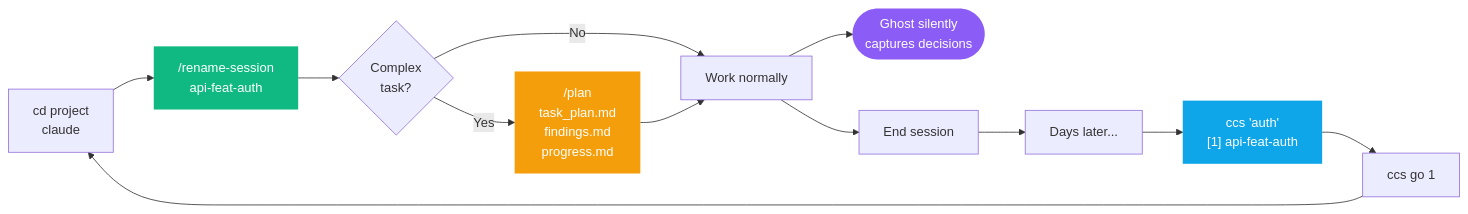
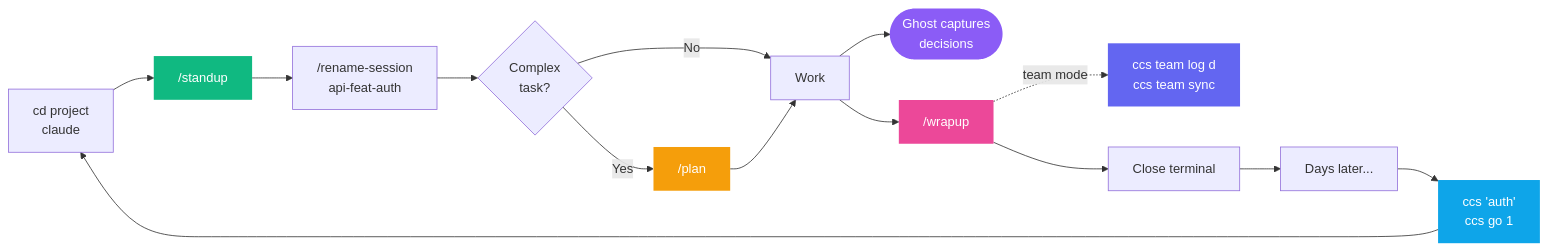
One commit to bluzername/claude-code-power-stack changed the diagram in README.md. Above: the diagram before and after it, drawn with Mermaid.

Commit message:
fix: update Mermaid diagram to show full current workflow
Was 15 commits stale - missing /standup, /wrapup, and team mode.
Now shows the complete daily loop: standup -> name -> plan? -> work
(Ghost captures) -> wrapup -> team log (dashed, optional) -> close
-> days later -> ccs search -> resume -> loop. Color coded: green
for standup, amber for plan, purple for Ghost, pink for wrapup,
indigo for team log, blue for search.

````diff
--- a/README.md
+++ b/README.md
@@ -55,19 +55,23 @@
 ```mermaid
 flowchart LR
-    Start["cd project\nclaude"] --> Name["/rename-session\napi-feat-auth"]
+    Start["cd project\nclaude"] --> Standup["/standup"]
+    Standup --> Name["/rename-session\napi-feat-auth"]
     Name --> Plan{Complex\ntask?}
-    Plan -->|Yes| PlanFiles["/plan\ntask_plan.md\nfindings.md\nprogress.md"]
+    Plan -->|Yes| PlanFiles["/plan"]
     Plan -->|No| Work
-    PlanFiles --> Work["Work normally"]
-    Work --> Ghost(["Ghost silently\ncaptures decisions"])
-    Work --> Done["End session"]
+    PlanFiles --> Work["Work"]
+    Work --> Ghost(["Ghost captures\ndecisions"])
+    Work --> Wrapup["/wrapup"]
+    Wrapup -.->|team mode| TeamLog["ccs team log d\nccs team sync"]
+    Wrapup --> Done["Close terminal"]
     Done --> Later["Days later..."]
-    Later --> Search["ccs 'auth'\n[1] api-feat-auth"]
-    Search --> Resume["ccs go 1"]
-    Resume --> Start
+    Later --> Search["ccs 'auth'\nccs go 1"]
+    Search --> Start
 
+    style Standup fill:#10b981,color:#fff,stroke:none
     style Ghost fill:#8b5cf6,color:#fff,stroke:none
     style Search fill:#0ea5e9,color:#fff,stroke:none
     style PlanFiles fill:#f59e0b,color:#fff,stroke:none
-    style Name fill:#10b981,color:#fff,stroke:none
+    style Wrapup fill:#ec4899,color:#fff,stroke:none
+    style TeamLog fill:#6366f1,color:#fff,stroke:none
 ```
````
